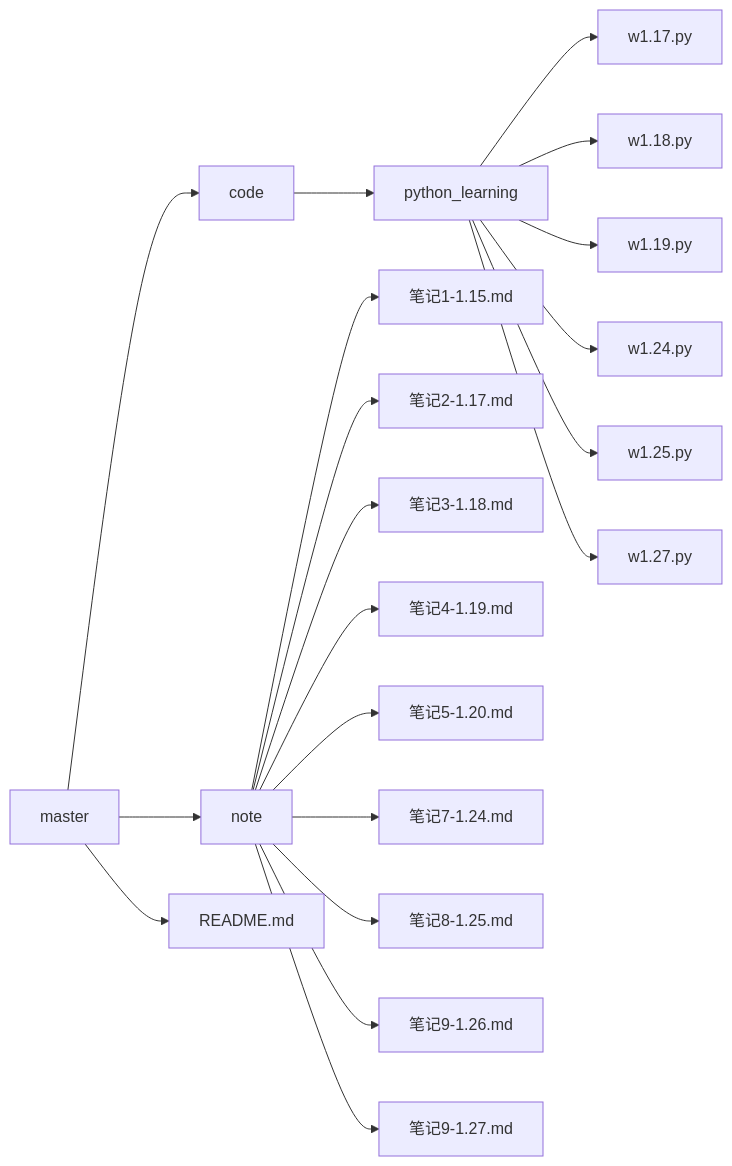
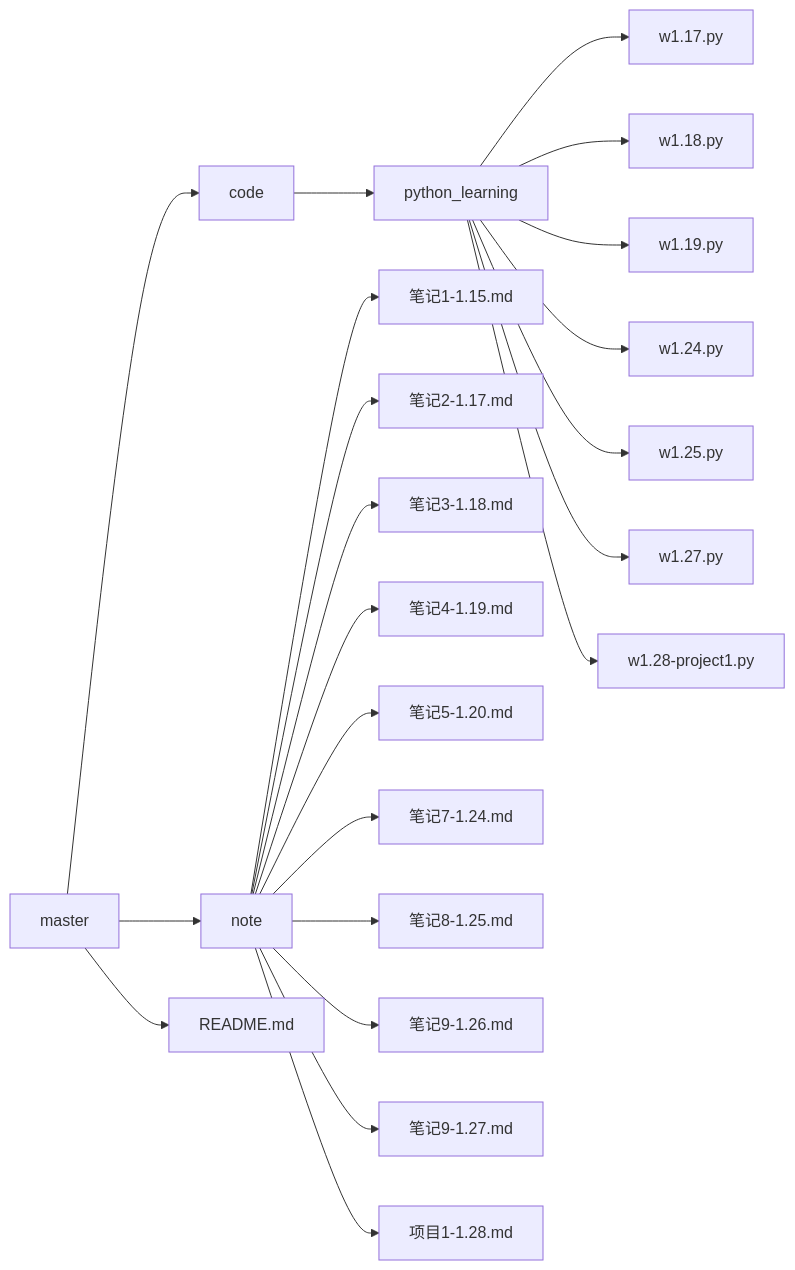
One commit to sevanthea7/QG_winter_camp changed the diagram in README.md. Above: the diagram before and after it, drawn with Mermaid. The commit also changed other lines of this file, not shown here.

````diff
--- a/README.md
+++ b/README.md
@@ -1,22 +1,24 @@
 ```mermaid
 graph LR
 master --> code
 code --> python_learning
 python_learning --> w1.17.py
 python_learning --> w1.18.py
 python_learning --> w1.19.py
 python_learning --> w1.24.py
 python_learning --> w1.25.py
 python_learning --> w1.27.py
+python_learning --> w1.28-project1.py
 master --> note
 note --> 笔记1-1.15.md
 note --> 笔记2-1.17.md
 note --> 笔记3-1.18.md
 note --> 笔记4-1.19.md
 note --> 笔记5-1.20.md
 note --> 笔记7-1.24.md
 note --> 笔记8-1.25.md
 note --> 笔记9-1.26.md
 note --> 笔记9-1.27.md
+note --> 项目1-1.28.md
 master --> README.md
 ```
````
